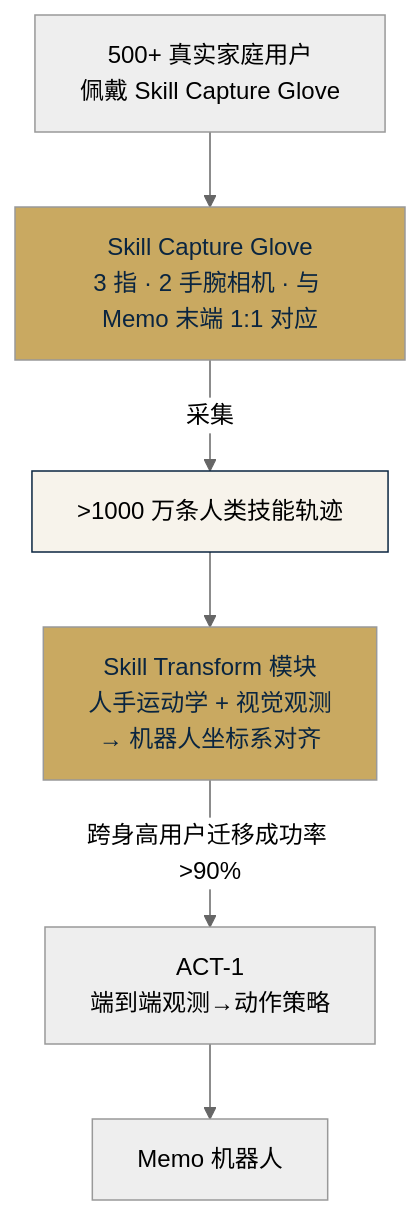
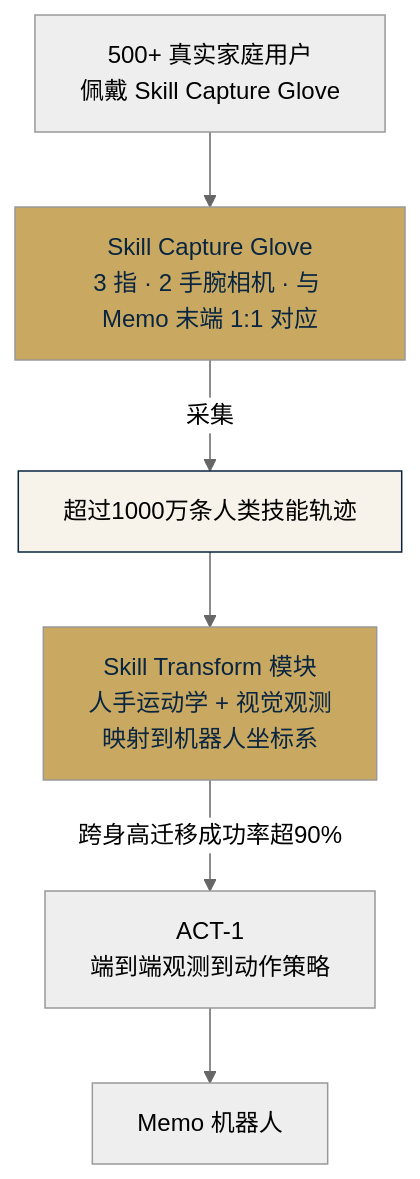
Before and after one commit to shuyx/xc-robot2lab: the diagram in competitors/sundayai/doc.md, drawn with Mermaid (neutral theme). The commit also changed 2 other files, not shown here.

Commit message:
fix: doc-renderer 修复 frontmatter + Mermaid HTML实体渲染
- doc-renderer.js: 加 frontmatter 剥离（所有带---头的MD文档正常渲染）
- doc-renderer.js: Mermaid 代码块加 unescapeHtml（&gt;&lt;等实体还原）
- doc-renderer.js: suppressErrors=true（Mermaid失败降级不崩溃整页）
- sundayai/doc.md: 修复 Mermaid 节点里的 &gt; → 超过/pct 等安全写法
- openarm/doc.md: 修复 Mermaid 节点里的 &lt; → lt等安全写法

````diff
--- a/competitors/sundayai/doc.md
+++ b/competitors/sundayai/doc.md
@@ -79,19 +79,19 @@
 ```mermaid
 flowchart TB
     U[500+ 真实家庭用户<br/>佩戴 Skill Capture Glove]
     G[Skill Capture Glove<br/>3 指 · 2 手腕相机 · 与 Memo 末端 1:1 对应]
-    D[&gt;1000 万条人类技能轨迹]
-    ST[Skill Transform 模块<br/>人手运动学 + 视觉观测<br/>→ 机器人坐标系对齐]
-    ACT[ACT-1<br/>端到端观测→动作策略]
+    D["超过1000万条人类技能轨迹"]
+    ST["Skill Transform 模块<br/>人手运动学 + 视觉观测<br/>映射到机器人坐标系"]
+    ACT["ACT-1<br/>端到端观测到动作策略"]
     M[Memo 机器人]
 
     U --> G
     G -->|采集| D
     D --> ST
-    ST -->|跨身高用户迁移成功率 &gt;90%| ACT
+    ST -->|跨身高迁移成功率超90%| ACT
     ACT --> M
 
     style G fill:#C9A961,color:#0A2540
     style ST fill:#C9A961,color:#0A2540
     style D fill:#F7F3EB,stroke:#0A2540
 ```
````
